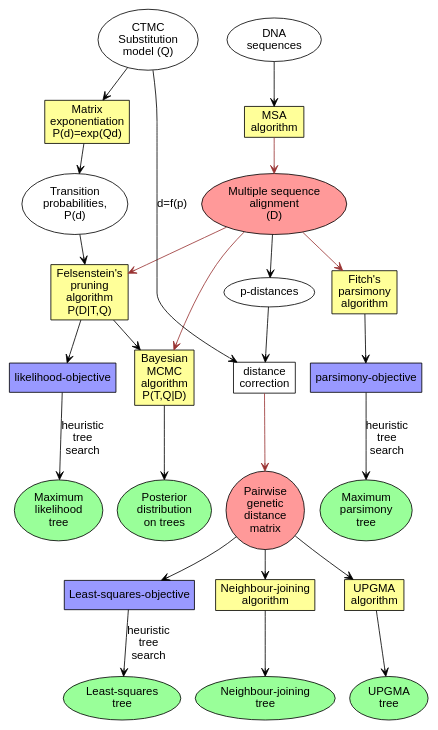
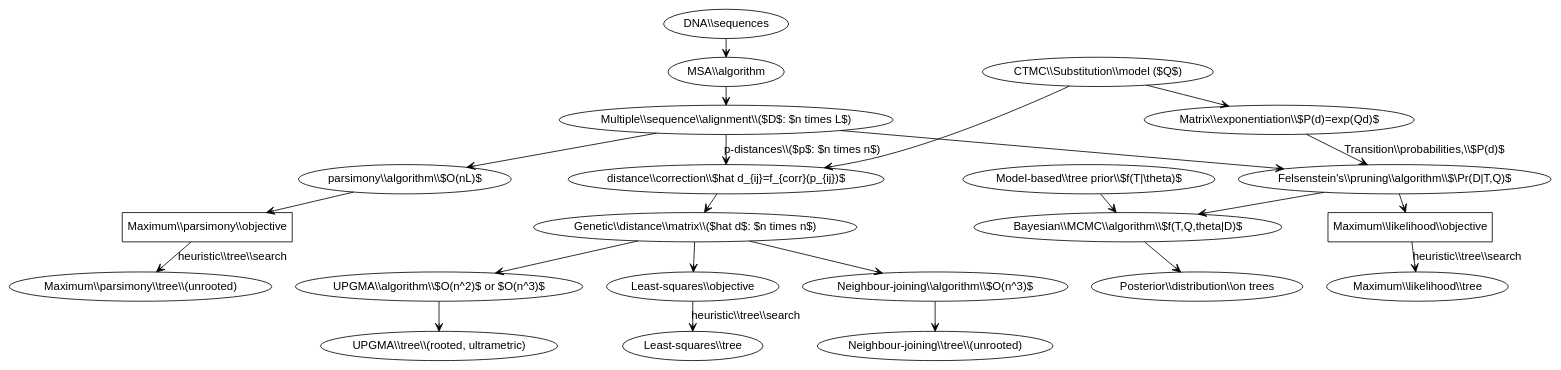
Before and after one commit to alexeid/bayesian_phylo_lectures: the diagram in phylogenetics.dot, drawn with Graphviz. The commit also changed 4 other files, not shown here.

Commit message:
phylogenetics flow diagram

```diff
--- a/phylogenetics.dot
+++ b/phylogenetics.dot
@@ -1,86 +1,87 @@
 digraph G {
-  graph [fontname = "arial"];
+  d2toptions ="-ftikz --tikzedgelabels --styleonly --autosize -traw -c --straightedges";
+  
+  d2tfigpreamble = "\tikzstyle{model}=[draw=yellow!50, very thick, rectangle,fill=yellow!20], \tikzstyle{objective}=[draw=gray!50, very thick, rectangle,fill=gray!20], \tikzstyle{data}=[draw=red!50, very thick, fill=red!20], \tikzstyle{algo}=[draw=blue!50, very thick, fill=blue!20,ellipse], \tikzstyle{treestyle}=[draw=green!50, very thick, fill=green!20];";
+   
+  d2tdocpreamble = "\tikzset{every text node part/.style={align=center}}"
+   
+  mindist = 0.5;
+
+  graph [fontname = "arial", ranksep="0.3", nodesep="0.4"];
   node [fontname = "arial"];
   edge [fontname = "arial", arrowhead="vee"];
 
-  sequences [ label="DNA\nsequences"];
+  sequences [ label="DNA\\\\sequences", style=data];
   
-  sequence_alignment [ label="MSA\nalgorithm", shape=rect, style=filled, fillcolor="#ffff99" ];
+  sequence_alignment [ label="MSA\\\\algorithm", style=algo ];
   
-  msa [ label="Multiple sequence\nalignment\n(D)", style=filled, fillcolor="#ff9999"];
-  distances [ label="Pairwise\ngenetic\n\distance\nmatrix",style=filled, fillcolor="#ff9999"  ];
-  transition_probs [ label="Transition\nprobabilities,\nP(d)" ];
+  msa [ label="Multiple\\\\sequence\\\\alignment\\\\($D$: $n \times L$)", style=data];
+  distances [ label="Genetic\\\\distance\\\\matrix\\\\($\hat d$: $n \times n$)",style=data];
   
-  felsenstein_pruning [ label="Felsenstein's\npruning\nalgorithm\nP(D|T,Q)", shape=rectangle, style=filled, fillcolor="#ffff99" ];
+    felsenstein_pruning [ label="Felsenstein's\\\\pruning\\\\algorithm\\\\$\\Pr(D|T,Q)$", style="algo" ];
+    substmodel [ label="CTMC\\\\Substitution\\\\model ($Q$)", style=model];
+    treeprior [ label="Model-based\\\\tree prior\\\\$f(T|\\theta)$", style=model];
+    matrix_exponentiation [label="Matrix\\\\exponentiation\\\\$P(d)=\exp(Qd)$", style="algo"];
+  
+    maximum_likelihood [label="Maximum\\\\likelihood\\\\tree", style=treestyle ];
+  
+    bayesian_inference [label="Bayesian\\\\MCMC\\\\algorithm\\\\$f(T,Q,\theta|D)$", style=algo ];
 
-  substmodel [ label="CTMC\nSubstitution\nmodel (Q)"];
+    bayesian_posterior [label="Posterior\\\\distribution\\\\on trees", style=treestyle];
+    ml_objective [label="Maximum\\\\likelihood\\\\objective", shape=rect, style=objective];
   
-  matrix_exponentiation [label="Matrix\nexponentiation\nP(d)=exp(Qd)", shape="rect", style=filled, fillcolor="#ffff99" ];
+  ls [label="Least-squares\\\\tree", style=treestyle];
+ 
+  distance_correction [label="distance\\\\correction\\\\$\hat d_{ij}=f_{corr}(p_{ij})$", style=algo]
+
+  ls_objective [label="Least-squares\\\\objective", style=objective];
+
+  nj_algorithm [ label="Neighbour-joining\\\\algorithm\\\\$O(n^3)$", style=algo];
+  upgma_algorithm [ label="UPGMA\\\\algorithm\\\\$O(n^2)$ or $O(n^3)$", style=algo];
   
-  maximum_likelihood [label="Maximum\nlikelihood\ntree", style=filled, fillcolor="#99ff99" ];
-  bayesian_inference [label="Bayesian\nMCMC\nalgorithm\nP(T,Q|D)", shape="rect", style=filled, fillcolor="#ffff99" ];
+  parsimony_algorithm [ label="parsimony\\\\algorithm\\\\$O(nL)$",style=algo];
+  parsimony_objective [label="Maximum\\\\parsimony\\\\objective", shape=rect, style=objective];
+  maximum_parsimony [label="Maximum\\\\parsimony\\\\tree\\\\(unrooted)", style=treestyle];
+    
+  nj_tree [ label="Neighbour-joining\\\\tree\\\\(unrooted)", style=treestyle];
+  upgma_tree [ label="UPGMA\\\\tree\\\\(rooted, ultrametric)", style=treestyle];
 
-  bayesian_posterior [label="Posterior\ndistribution\non trees", style=filled, fillcolor="#99ff99" ];
-  
-  ls [label="Least-squares\ntree", style=filled, fillcolor="#99ff99" ];
-
-  p_distances [label="p-distances"]
-  
-  distance_correction [label="distance\ncorrection", shape=rect]
-
-  ls_objective [label="Least-squares-objective", shape=rect, style=filled, fillcolor="#9999ff"];
-
-  nj_algorithm [ label="Neighbour-joining\nalgorithm", shape=rectangle, style=filled, fillcolor="#ffff99"  ];
-  upgma_algorithm [ label="UPGMA\nalgorithm", shape=rectangle, style=filled, fillcolor="#ffff99"  ];
-  
-  fitchs_algorithm [ label="Fitch's\nparsimony\nalgorithm", shape=rectangle, style=filled, fillcolor="#ffff99"  ];
-  parsimony_objective [label="parsimony-objective", shape=rect, style=filled, fillcolor="#9999ff"];
-  maximum_parsimony [label="Maximum\nparsimony\ntree", style=filled, fillcolor="#99ff99" ];
-  ml_objective [label="likelihood-objective", shape=rect, style=filled, fillcolor="#9999ff"];
-    
-  nj_tree [ label="Neighbour-joining\ntree", style=filled, fillcolor="#99ff99" ];
-  upgma_tree [ label="UPGMA\ntree", style=filled, fillcolor="#99ff99" ];
-
-  substmodel -> distance_correction[label="d=f(p)"];
+  substmodel -> distance_correction;
 
   substmodel -> matrix_exponentiation; 
   
-  matrix_exponentiation -> transition_probs[label=""];
-
-transition_probs -> felsenstein_pruning;
+  matrix_exponentiation -> felsenstein_pruning[label="Transition\\\\probabilities,\\\\$P(d)$"];
 
 felsenstein_pruning -> bayesian_inference; 
+treeprior -> bayesian_inference[weight=2];
 
 felsenstein_pruning -> ml_objective; 
-ml_objective -> maximum_likelihood[label="heuristic\ntree\nsearch"];
+ml_objective -> maximum_likelihood[label="heuristic\\\\tree\\\\search"];
 
-fitchs_algorithm -> parsimony_objective;
-parsimony_objective -> maximum_parsimony[label="heuristic\ntree\nsearch"];
+parsimony_algorithm -> parsimony_objective;
+parsimony_objective -> maximum_parsimony[label="heuristic\\\\tree\\\\search"];
 
   sequences -> sequence_alignment
 
-  sequence_alignment -> msa [penwidth=1, color="#993333"]
+  sequence_alignment -> msa;
 
-  msa -> p_distances;
-  
-  p_distances -> distance_correction;
-  
-  distance_correction -> distances[penwidth=1, color="#993333"]
+  msa -> distance_correction[label="p-distances\\\\($p$: $n \times n$)"];
+    
+  distance_correction -> distances;
 
-  msa -> fitchs_algorithm[penwidth=1 color="#993333"]
-  msa -> felsenstein_pruning[penwidth=1 color="#993333"]
-  msa -> bayesian_inference[penwidth=1 color="#993333"]
+  msa -> parsimony_algorithm
+  msa -> felsenstein_pruning
   
   bayesian_inference -> bayesian_posterior;
 
   distances -> nj_algorithm
   distances -> upgma_algorithm
   distances -> ls_objective;
   
-  ls_objective -> ls[label="heuristic\ntree\nsearch"];
+  ls_objective -> ls[label="heuristic\\\\tree\\\\search"];
   
   nj_algorithm -> nj_tree
 
   upgma_algorithm -> upgma_tree
 
 }
```
